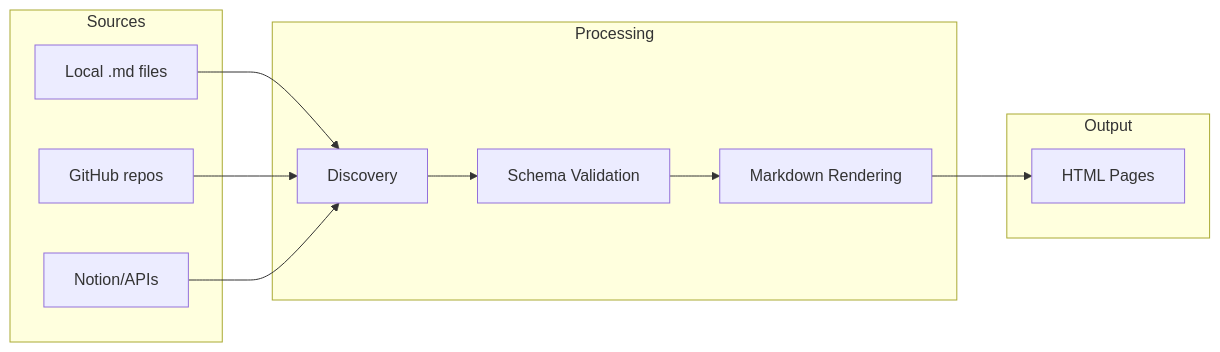
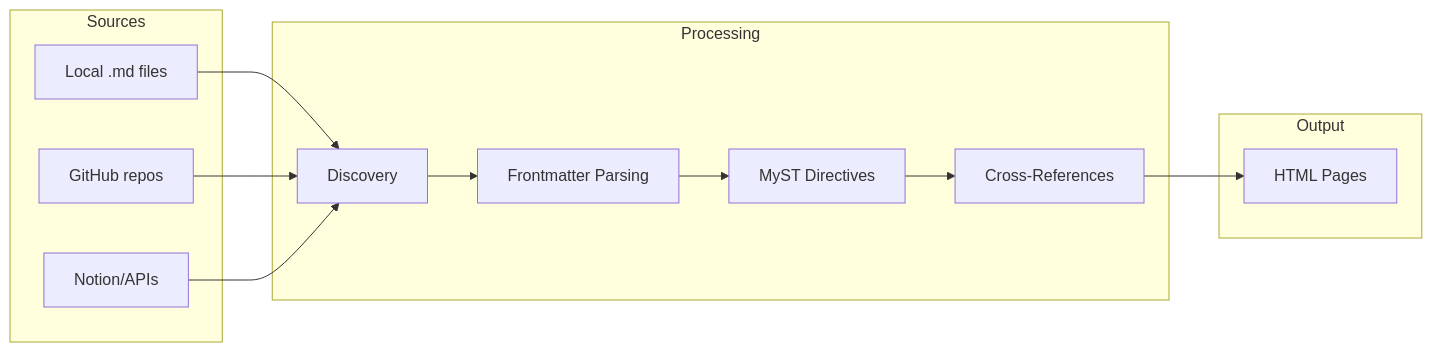
The diagram in site/content/docs/content/_index.md (lbliii/bengal), drawn with Mermaid before and after one commit. The commit also changed other lines of this file and 90 other files, not shown here.

````diff
--- a/site/content/docs/content/_index.md
+++ b/site/content/docs/content/_index.md
@@ -23,25 +23,27 @@
 ```mermaid
 flowchart LR
     subgraph Sources
         A[Local .md files]
         B[GitHub repos]
         C[Notion/APIs]
     end
 
     subgraph Processing
         D[Discovery]
-        E[Schema Validation]
-        F[Markdown Rendering]
+        E[Frontmatter Parsing]
+        F[MyST Directives]
+        G[Cross-References]
     end
 
     subgraph Output
-        G[HTML Pages]
+        H[HTML Pages]
     end
 
     A --> D
     B --> D
     C --> D
     D --> E
     E --> F
     F --> G
+    G --> H
 ```
````
